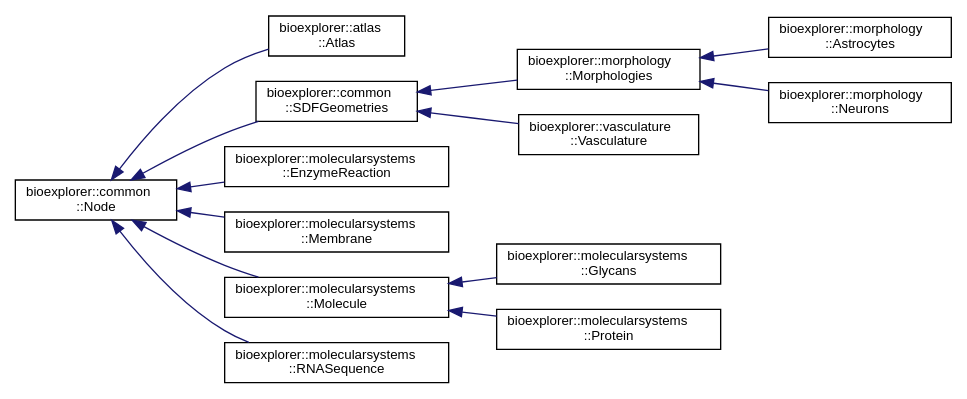
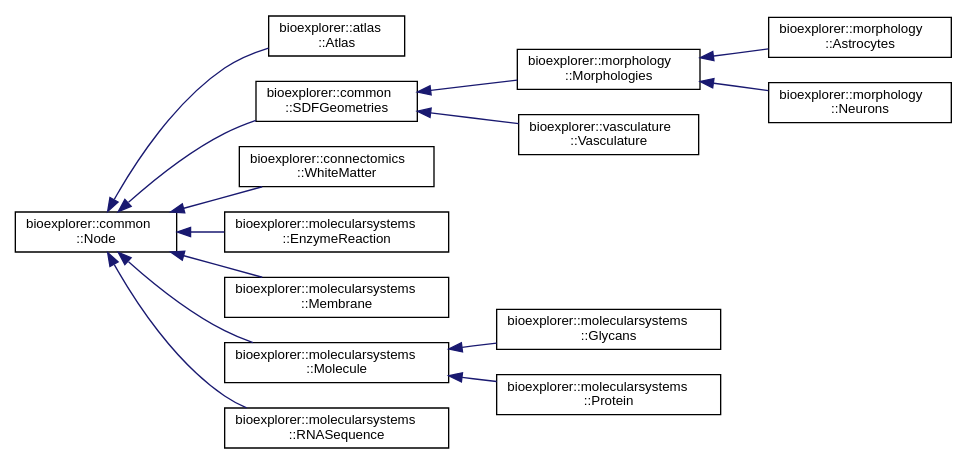
The diagram in docs/inherit_graph_4.dot (BlueBrain/BioExplorer), drawn with Graphviz before and after one commit. The commit also changed 202 other files, not shown here.

```diff
--- a/docs/inherit_graph_4.dot
+++ b/docs/inherit_graph_4.dot
@@ -1,32 +1,34 @@
 digraph "Graphical Class Hierarchy"
 {
  // LATEX_PDF_SIZE
   edge [fontname="Helvetica",fontsize="10",labelfontname="Helvetica",labelfontsize="10"];
   node [fontname="Helvetica",fontsize="10",shape=record];
   rankdir="LR";
   Node0 [label="bioexplorer::common\l::Node",height=0.2,width=0.4,color="black", fillcolor="white", style="filled",URL="$d7/d93/classbioexplorer_1_1common_1_1Node.html",tooltip="The Node class."];
   Node0 -> Node1 [dir="back",color="midnightblue",fontsize="10",style="solid",fontname="Helvetica"];
   Node1 [label="bioexplorer::atlas\l::Atlas",height=0.2,width=0.4,color="black", fillcolor="white", style="filled",URL="$d3/d86/classbioexplorer_1_1atlas_1_1Atlas.html",tooltip=" "];
   Node0 -> Node2 [dir="back",color="midnightblue",fontsize="10",style="solid",fontname="Helvetica"];
   Node2 [label="bioexplorer::common\l::SDFGeometries",height=0.2,width=0.4,color="black", fillcolor="white", style="filled",URL="$d1/d1c/classbioexplorer_1_1common_1_1SDFGeometries.html",tooltip="The SDFGeometries abstract class is used as a parent to any assembly that potentially requires the si..."];
   Node2 -> Node3 [dir="back",color="midnightblue",fontsize="10",style="solid",fontname="Helvetica"];
   Node3 [label="bioexplorer::morphology\l::Morphologies",height=0.2,width=0.4,color="black", fillcolor="white", style="filled",URL="$dc/dbc/classbioexplorer_1_1morphology_1_1Morphologies.html",tooltip="The Morphologies class."];
   Node3 -> Node4 [dir="back",color="midnightblue",fontsize="10",style="solid",fontname="Helvetica"];
   Node4 [label="bioexplorer::morphology\l::Astrocytes",height=0.2,width=0.4,color="black", fillcolor="white", style="filled",URL="$d2/d3a/classbioexplorer_1_1morphology_1_1Astrocytes.html",tooltip=" "];
   Node3 -> Node5 [dir="back",color="midnightblue",fontsize="10",style="solid",fontname="Helvetica"];
   Node5 [label="bioexplorer::morphology\l::Neurons",height=0.2,width=0.4,color="black", fillcolor="white", style="filled",URL="$d1/d39/classbioexplorer_1_1morphology_1_1Neurons.html",tooltip=" "];
   Node2 -> Node6 [dir="back",color="midnightblue",fontsize="10",style="solid",fontname="Helvetica"];
   Node6 [label="bioexplorer::vasculature\l::Vasculature",height=0.2,width=0.4,color="black", fillcolor="white", style="filled",URL="$d8/d29/classbioexplorer_1_1vasculature_1_1Vasculature.html",tooltip=" "];
   Node0 -> Node7 [dir="back",color="midnightblue",fontsize="10",style="solid",fontname="Helvetica"];
-  Node7 [label="bioexplorer::molecularsystems\l::EnzymeReaction",height=0.2,width=0.4,color="black", fillcolor="white", style="filled",URL="$d4/d07/classbioexplorer_1_1molecularsystems_1_1EnzymeReaction.html",tooltip="An Enzyme reaction is a object that combines an existing enyzme, a list of substrates and a list of p..."];
+  Node7 [label="bioexplorer::connectomics\l::WhiteMatter",height=0.2,width=0.4,color="black", fillcolor="white", style="filled",URL="$d6/dcd/classbioexplorer_1_1connectomics_1_1WhiteMatter.html",tooltip=" "];
   Node0 -> Node8 [dir="back",color="midnightblue",fontsize="10",style="solid",fontname="Helvetica"];
-  Node8 [label="bioexplorer::molecularsystems\l::Membrane",height=0.2,width=0.4,color="black", fillcolor="white", style="filled",URL="$d4/d3d/classbioexplorer_1_1molecularsystems_1_1Membrane.html",tooltip="A Membrane object implements a 3D structure of a given shape, but with a surface composed of instance..."];
+  Node8 [label="bioexplorer::molecularsystems\l::EnzymeReaction",height=0.2,width=0.4,color="black", fillcolor="white", style="filled",URL="$d4/d07/classbioexplorer_1_1molecularsystems_1_1EnzymeReaction.html",tooltip="An Enzyme reaction is a object that combines an existing enyzme, a list of substrates and a list of p..."];
   Node0 -> Node9 [dir="back",color="midnightblue",fontsize="10",style="solid",fontname="Helvetica"];
-  Node9 [label="bioexplorer::molecularsystems\l::Molecule",height=0.2,width=0.4,color="black", fillcolor="white", style="filled",URL="$da/dff/classbioexplorer_1_1molecularsystems_1_1Molecule.html",tooltip="The Molecule class implements the 3D representation of a molecule. The object also contains metadata ..."];
-  Node9 -> Node10 [dir="back",color="midnightblue",fontsize="10",style="solid",fontname="Helvetica"];
-  Node10 [label="bioexplorer::molecularsystems\l::Glycans",height=0.2,width=0.4,color="black", fillcolor="white", style="filled",URL="$da/de6/classbioexplorer_1_1molecularsystems_1_1Glycans.html",tooltip="The Glycans class."];
-  Node9 -> Node11 [dir="back",color="midnightblue",fontsize="10",style="solid",fontname="Helvetica"];
-  Node11 [label="bioexplorer::molecularsystems\l::Protein",height=0.2,width=0.4,color="black", fillcolor="white", style="filled",URL="$dd/da4/classbioexplorer_1_1molecularsystems_1_1Protein.html",tooltip="The Protein class."];
-  Node0 -> Node12 [dir="back",color="midnightblue",fontsize="10",style="solid",fontname="Helvetica"];
-  Node12 [label="bioexplorer::molecularsystems\l::RNASequence",height=0.2,width=0.4,color="black", fillcolor="white", style="filled",URL="$d0/d53/classbioexplorer_1_1molecularsystems_1_1RNASequence.html",tooltip="The RNASequence class."];
+  Node9 [label="bioexplorer::molecularsystems\l::Membrane",height=0.2,width=0.4,color="black", fillcolor="white", style="filled",URL="$d4/d3d/classbioexplorer_1_1molecularsystems_1_1Membrane.html",tooltip="A Membrane object implements a 3D structure of a given shape, but with a surface composed of instance..."];
+  Node0 -> Node10 [dir="back",color="midnightblue",fontsize="10",style="solid",fontname="Helvetica"];
+  Node10 [label="bioexplorer::molecularsystems\l::Molecule",height=0.2,width=0.4,color="black", fillcolor="white", style="filled",URL="$da/dff/classbioexplorer_1_1molecularsystems_1_1Molecule.html",tooltip="The Molecule class implements the 3D representation of a molecule. The object also contains metadata ..."];
+  Node10 -> Node11 [dir="back",color="midnightblue",fontsize="10",style="solid",fontname="Helvetica"];
+  Node11 [label="bioexplorer::molecularsystems\l::Glycans",height=0.2,width=0.4,color="black", fillcolor="white", style="filled",URL="$da/de6/classbioexplorer_1_1molecularsystems_1_1Glycans.html",tooltip="The Glycans class."];
+  Node10 -> Node12 [dir="back",color="midnightblue",fontsize="10",style="solid",fontname="Helvetica"];
+  Node12 [label="bioexplorer::molecularsystems\l::Protein",height=0.2,width=0.4,color="black", fillcolor="white", style="filled",URL="$dd/da4/classbioexplorer_1_1molecularsystems_1_1Protein.html",tooltip="The Protein class."];
+  Node0 -> Node13 [dir="back",color="midnightblue",fontsize="10",style="solid",fontname="Helvetica"];
+  Node13 [label="bioexplorer::molecularsystems\l::RNASequence",height=0.2,width=0.4,color="black", fillcolor="white", style="filled",URL="$d0/d53/classbioexplorer_1_1molecularsystems_1_1RNASequence.html",tooltip="The RNASequence class."];
 }
```
